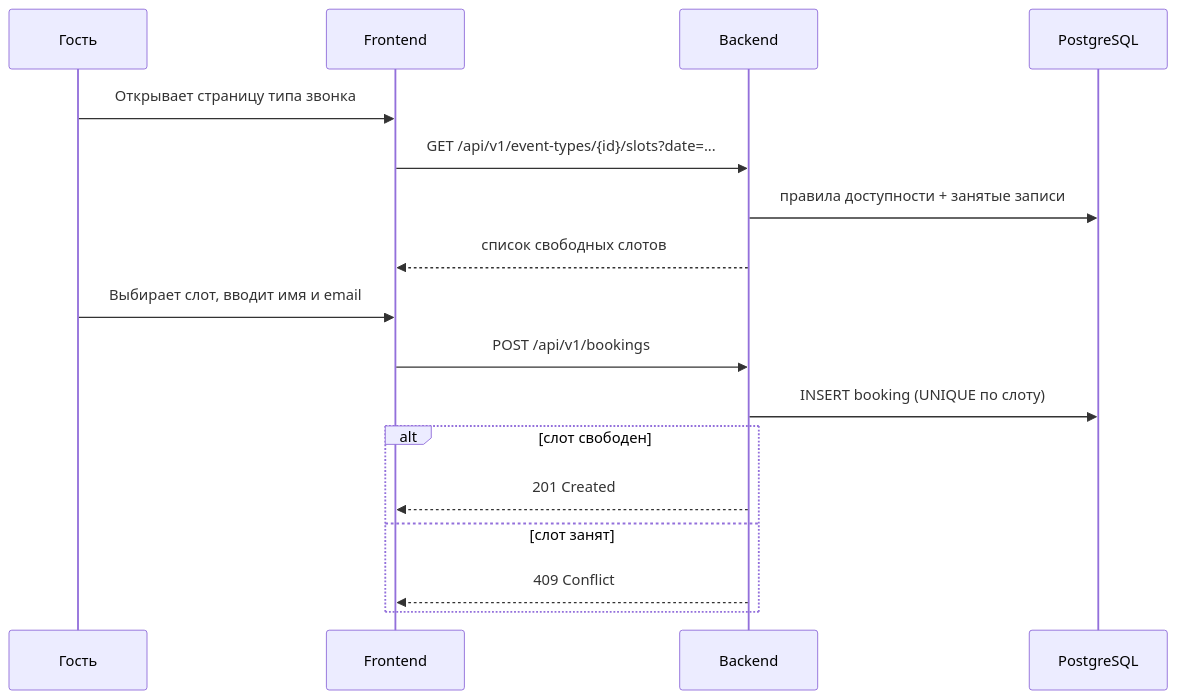
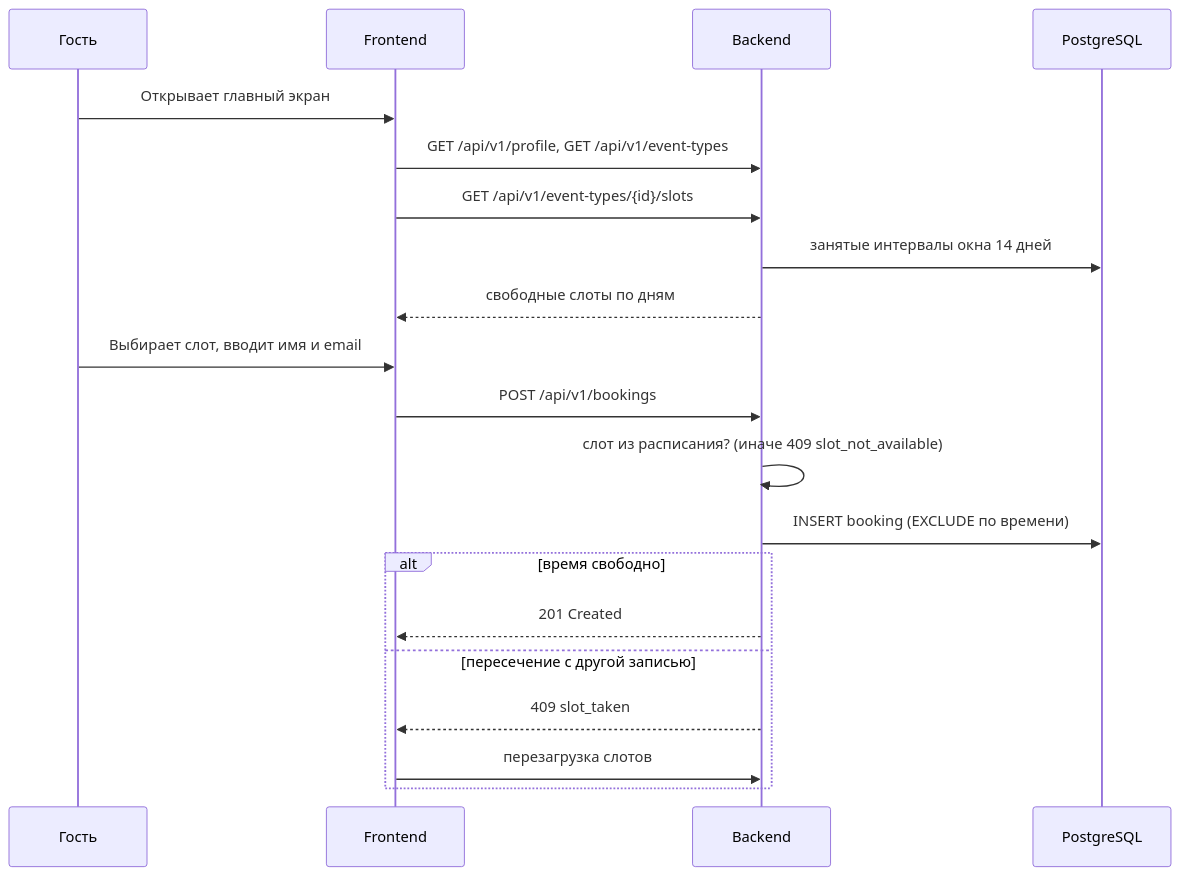
Before and after one commit to akozhin/ai-for-developers-project-386: the second of 2 diagrams in docs/concept/architecture.md, drawn with Mermaid. The commit also changed other lines of this file and 12 other files, not shown here.

````diff
--- a/docs/concept/architecture.md
+++ b/docs/concept/architecture.md
@@ -30,20 +30,23 @@
 ```mermaid
 sequenceDiagram
     participant G as Гость
     participant FE as Frontend
     participant BE as Backend
     participant DB as PostgreSQL
 
-    G->>FE: Открывает страницу типа звонка
-    FE->>BE: GET /api/v1/event-types/{id}/slots?date=...
-    BE->>DB: правила доступности + занятые записи
-    BE-->>FE: список свободных слотов
+    G->>FE: Открывает главный экран
+    FE->>BE: GET /api/v1/profile, GET /api/v1/event-types
+    FE->>BE: GET /api/v1/event-types/{id}/slots
+    BE->>DB: занятые интервалы окна 14 дней
+    BE-->>FE: свободные слоты по дням
     G->>FE: Выбирает слот, вводит имя и email
     FE->>BE: POST /api/v1/bookings
-    BE->>DB: INSERT booking (UNIQUE по слоту)
-    alt слот свободен
+    BE->>BE: слот из расписания? (иначе 409 slot_not_available)
+    BE->>DB: INSERT booking (EXCLUDE по времени)
+    alt время свободно
         BE-->>FE: 201 Created
-    else слот занят
-        BE-->>FE: 409 Conflict
+    else пересечение с другой записью
+        BE-->>FE: 409 slot_taken
+        FE->>BE: перезагрузка слотов
     end
 ```
````
